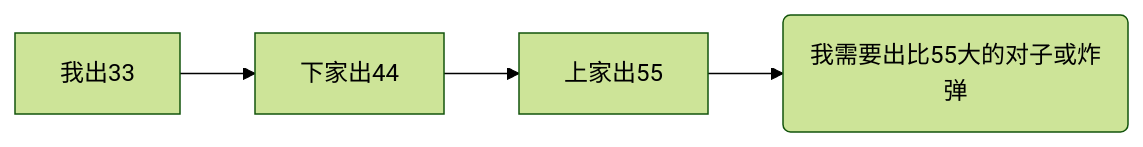
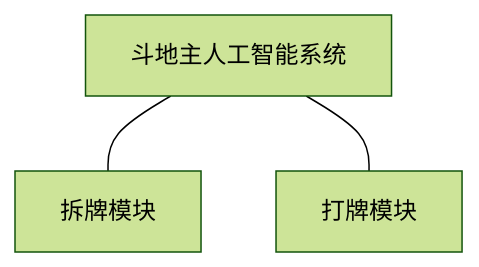
Before and after one commit to aihy/Doudizhu-AI: the first of 2 diagrams in 一个斗地主人工智能的设计与实现.md, drawn with Mermaid (forest theme). The commit also changed other lines of this file and 1 other file, not shown here.

````diff
--- a/一个斗地主人工智能的设计与实现.md
+++ b/一个斗地主人工智能的设计与实现.md
@@ -175,6 +108,5 @@
 ```mermaid
-graph LR
-a[我出33]-->b[下家出44]
-b-->c[上家出55]
-c-->d(我需要出比55大的对子或炸弹)
+graph TD
+a[斗地主人工智能系统]---c[拆牌模块]
+a---d[打牌模块]
 ```
````
